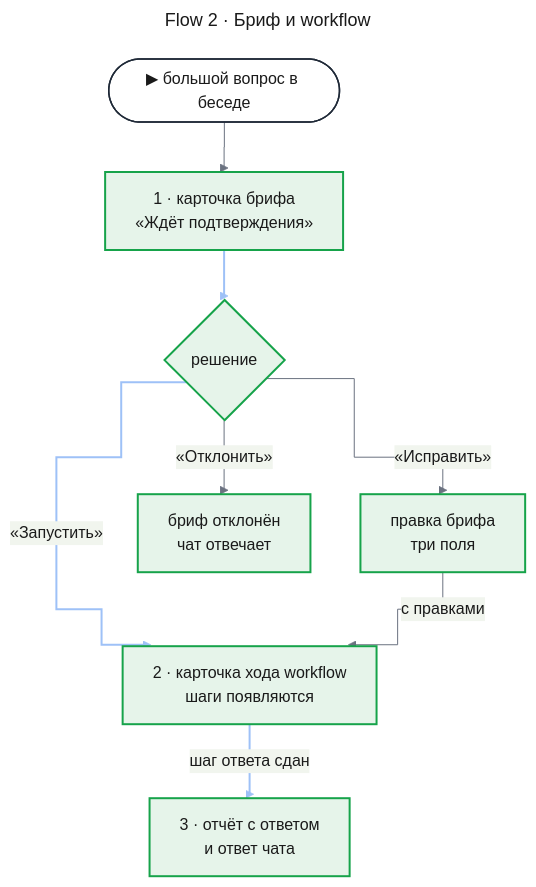
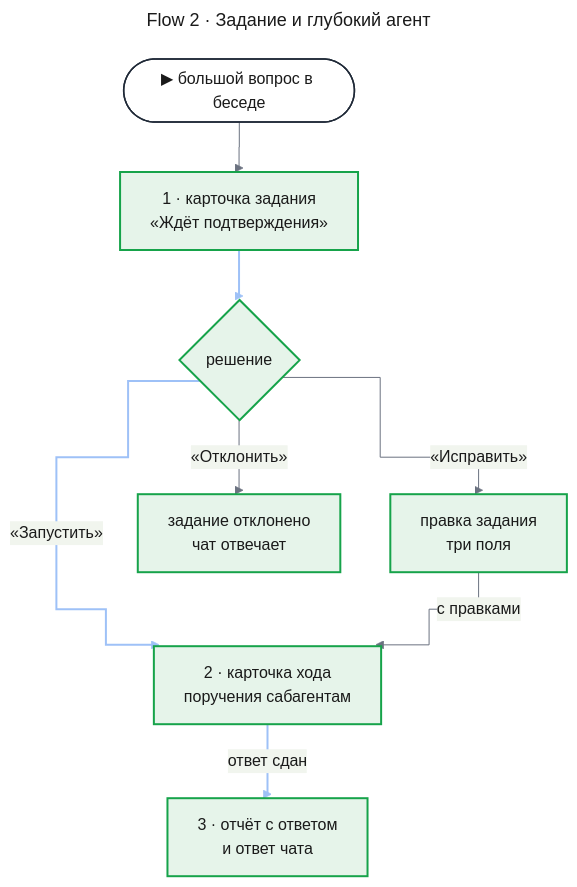
Before and after one commit to tundraray/agent-os: the second of 4 diagrams in docs/features/agent-platform/uxrd.md, drawn with Mermaid. The commit also changed other lines of this file and 1225 other files, not shown here.

````diff
--- a/docs/features/agent-platform/uxrd.md
+++ b/docs/features/agent-platform/uxrd.md
@@ -133,42 +132,42 @@
 ```mermaid
 ---
-title: "Flow 2 · Бриф и workflow"
+title: "Flow 2 · Задание и глубокий агент"
 config:
   theme: base
   look: classic
   themeVariables:
     primaryColor: "#eef1f5"
     primaryBorderColor: "#4b5563"
     primaryTextColor: "#1a1a1a"
     lineColor: "#6b7280"
   flowchart:
     curve: step
   themeCSS: |
     @keyframes litr_f2{0%,30%{stroke:#1d4ed8;stroke-width:6px}33.33%,100%{stroke:#9ec1f7;stroke-width:2px}}
 ---
 flowchart TD
     entry(["▶ большой вопрос в беседе"])
-    brief["1 · карточка брифа<br/>«Ждёт подтверждения»"]
+    brief["1 · карточка задания<br/>«Ждёт подтверждения»"]
     choice{"решение"}
-    edit["правка брифа<br/>три поля"]
-    run["2 · карточка хода workflow<br/>шаги появляются"]
+    edit["правка задания<br/>три поля"]
+    run["2 · карточка хода<br/>поручения сабагентам"]
     report["3 · отчёт с ответом<br/>и ответ чата"]
-    declined["бриф отклонён<br/>чат отвечает"]
+    declined["задание отклонено<br/>чат отвечает"]
     entry --> brief
     brief e1@--> choice
     choice e2@-->|"«Запустить»"| run
-    run e3@-->|"шаг ответа сдан"| report
+    run e3@-->|"ответ сдан"| report
     choice -->|"«Исправить»"| edit
     edit -->|"с правками"| run
     choice -->|"«Отклонить»"| declined
     classDef entry fill:#ffffff,stroke:#1f2937,stroke-width:1.5px,color:#1a1a1a
     classDef new fill:#e6f4ea,stroke:#16a34a,stroke-width:2px,color:#1a1a1a
     classDef r1 stroke:#9ec1f7,stroke-width:2px,animation:litr_f2 3.6s linear 0s infinite
     classDef r2 stroke:#9ec1f7,stroke-width:2px,animation:litr_f2 3.6s linear 1.2s infinite
     classDef r3 stroke:#9ec1f7,stroke-width:2px,animation:litr_f2 3.6s linear 2.4s infinite
     class entry entry
     class brief,choice,edit,run,report,declined new
     class e1 r1
     class e2 r2
     class e3 r3
 ```
````
